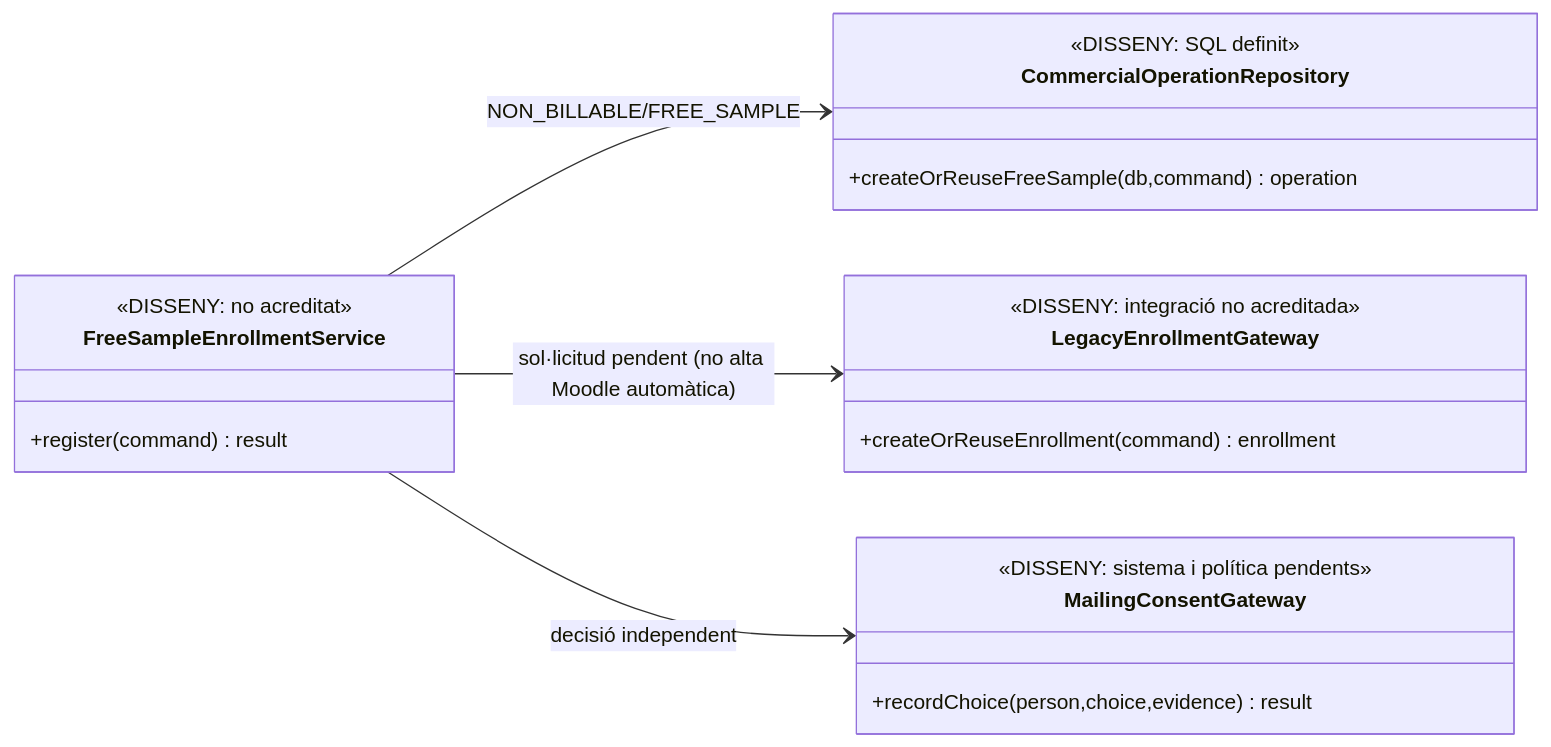
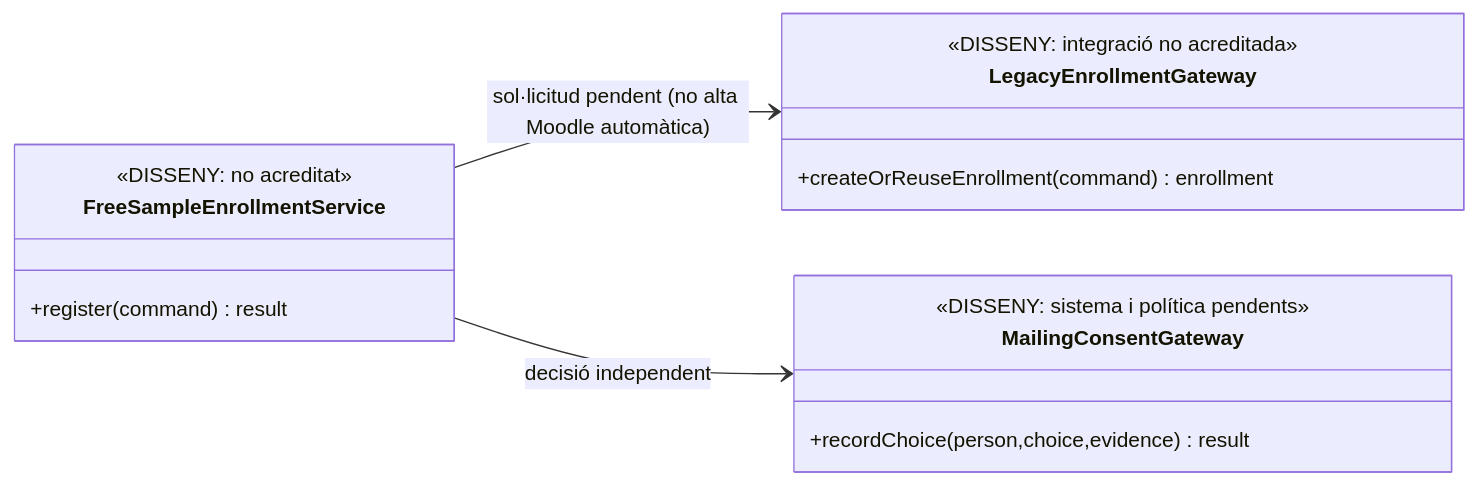
Before and after one commit to orgmeriemprismacat-del/verifactu: the second of 4 diagrams in documentacio/07-uml-integrat/uc-108-tastet-repte-gratuit.md, drawn with Mermaid. The commit also changed other lines of this file and 17 other files, not shown here.

````diff
--- a/documentacio/07-uml-integrat/uc-108-tastet-repte-gratuit.md
+++ b/documentacio/07-uml-integrat/uc-108-tastet-repte-gratuit.md
@@ -113,24 +128,19 @@
 ```mermaid
 classDiagram
 direction LR
 class FreeSampleEnrollmentService {
  <<DISSENY: no acreditat>>
  +register(command) result
-}
-class CommercialOperationRepository {
- <<DISSENY: SQL definit>>
- +createOrReuseFreeSample(db,command) operation
 }
 class LegacyEnrollmentGateway {
  <<DISSENY: integració no acreditada>>
  +createOrReuseEnrollment(command) enrollment
 }
 class MailingConsentGateway {
  <<DISSENY: sistema i política pendents>>
  +recordChoice(person,choice,evidence) result
 }
-FreeSampleEnrollmentService --> CommercialOperationRepository : NON_BILLABLE/FREE_SAMPLE
 FreeSampleEnrollmentService --> LegacyEnrollmentGateway : sol·licitud pendent (no alta Moodle automàtica)
 %% L'alta real del campus és manual per secretaria en la fase actual; automatització desitjada el 2027.
 FreeSampleEnrollmentService --> MailingConsentGateway : decisió independent
 ```
````
